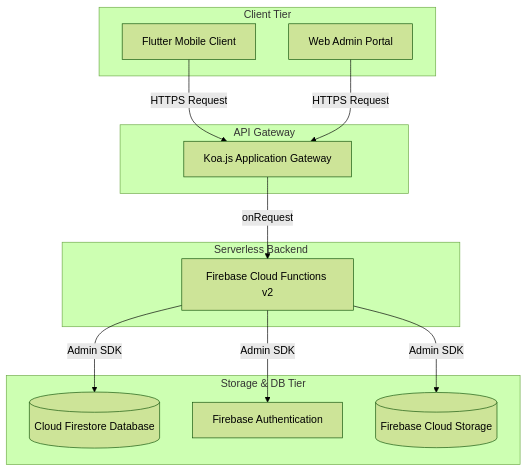
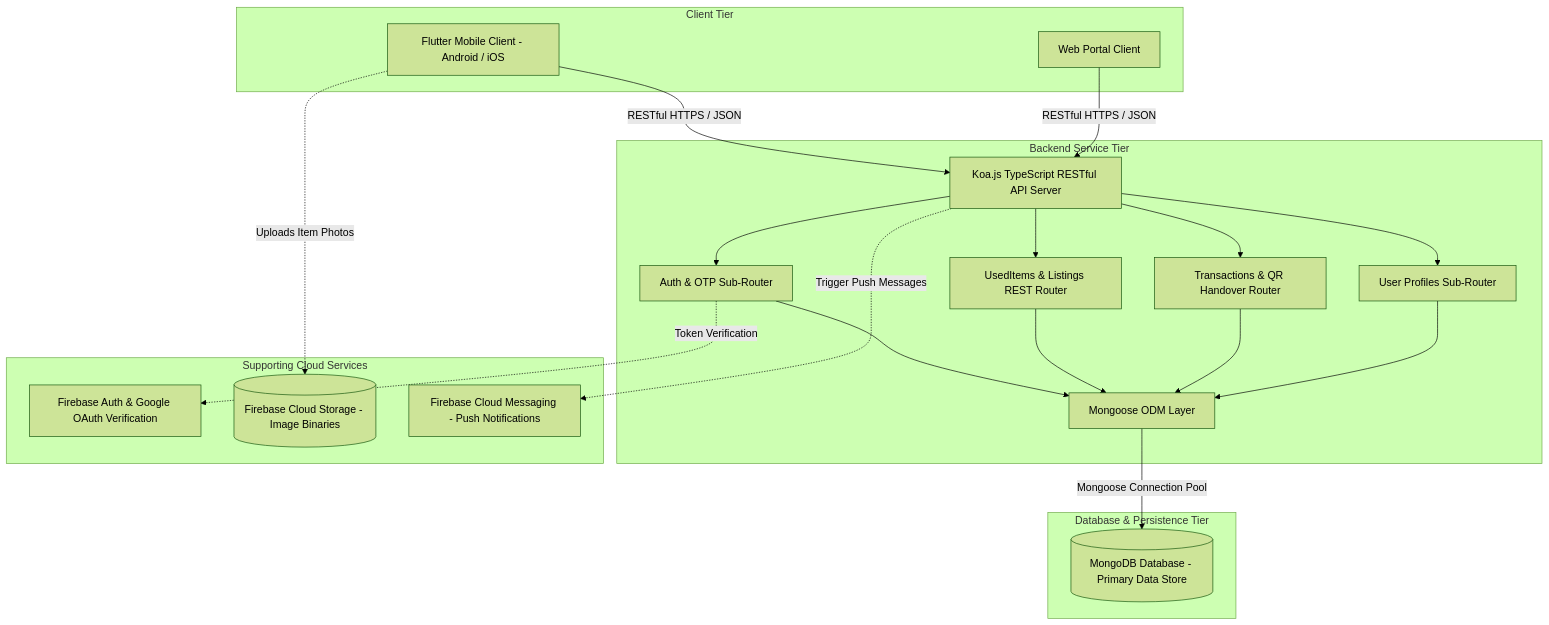
Before and after one commit to KiwiShare/kiwishare: the diagram in docs/architecture.md, drawn with Mermaid (forest theme). The commit also changed other lines of this file and 45 other files, not shown here.

````diff
--- a/docs/architecture.md
+++ b/docs/architecture.md
@@ -11,28 +11,45 @@
 ```mermaid
 graph TD
     subgraph Client Tier
-        MobileApp[Flutter Mobile Client]
-        WebApp[Web Admin Portal]
+        MobileApp[Flutter Mobile Client - Android / iOS]
+        WebApp[Web Portal Client]
     end
 
-    subgraph API Gateway
-        KoaApp[Koa.js Application Gateway]
+    subgraph Backend Service Tier
+        KoaApp[Koa.js TypeScript RESTful API Server]
+        AuthRouter[Auth & OTP Sub-Router]
+        UsedItemsRouter[UsedItems & Listings REST Router]
+        TxRouter[Transactions & QR Handover Router]
+        UsersRouter[User Profiles Sub-Router]
+        MongooseODM[Mongoose ODM Layer]
     end
 
-    subgraph Serverless Backend
-        CloudFunc[Firebase Cloud Functions v2]
+    subgraph Database & Persistence Tier
+        MongoDB[(MongoDB Database - Primary Data Store)]
     end
 
-    subgraph Storage & DB Tier
-        Firestore[(Cloud Firestore Database)]
-        Auth[Firebase Authentication]
-        Storage[(Firebase Cloud Storage)]
+    subgraph Supporting Cloud Services
+        FirebaseAuth[Firebase Auth & Google OAuth Verification]
+        FirebaseStorage[(Firebase Cloud Storage - Image Binaries)]
+        FCM[Firebase Cloud Messaging - Push Notifications]
     end
 
-    MobileApp -->|HTTPS Request| KoaApp
-    WebApp -->|HTTPS Request| KoaApp
-    KoaApp -->|onRequest| CloudFunc
-    CloudFunc -->|Admin SDK| Firestore
-    CloudFunc -->|Admin SDK| Auth
-    CloudFunc -->|Admin SDK| Storage
+    MobileApp -->|RESTful HTTPS / JSON| KoaApp
+    WebApp -->|RESTful HTTPS / JSON| KoaApp
+    
+    KoaApp --> AuthRouter
+    KoaApp --> UsedItemsRouter
+    KoaApp --> TxRouter
+    KoaApp --> UsersRouter
+
+    AuthRouter --> MongooseODM
+    UsedItemsRouter --> MongooseODM
+    TxRouter --> MongooseODM
+    UsersRouter --> MongooseODM
+
+    MongooseODM -->|Mongoose Connection Pool| MongoDB
+
+    AuthRouter -.->|Token Verification| FirebaseAuth
+    MobileApp -.->|Uploads Item Photos| FirebaseStorage
+    KoaApp -.->|Trigger Push Messages| FCM
 ```
````
